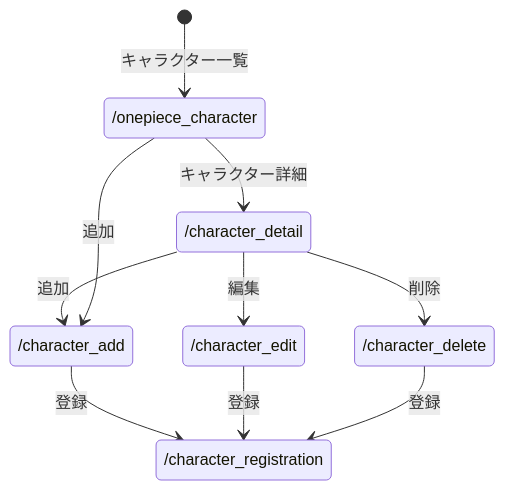
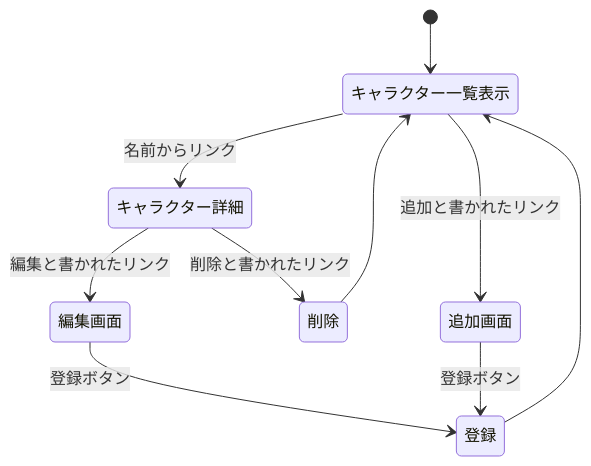
One commit to kiruha20061102-sketch/webpro_06 changed the diagram in spec.md. Above: the diagram before and after it, drawn with Mermaid. The commit also changed other lines of this file and 18 other files, not shown here.

````diff
--- a/spec.md
+++ b/spec.md
@@ -11,13 +11,14 @@
 ```mermaid
 stateDiagram-v2
-[*] --> /onepiece_character:キャラクター一覧
-/onepiece_character --> /character_detail:キャラクター詳細
-/character_detail --> /character_add:追加
-/character_detail --> /character_edit:編集
-/character_detail --> /character_delete:削除
-/onepiece_character --> /character_add:追加
-/character_add --> /character_registration:登録
-/character_edit --> /character_registration:登録
-/character_delete --> /character_registration:登録
+[*] --> キャラクター一覧表示
+キャラクター一覧表示 -->キャラクター詳細:名前からリンク
+キャラクター詳細 --> 編集画面:編集と書かれたリンク
+編集画面 -->登録:登録ボタン
+登録 --> キャラクター一覧表示
+キャラクター詳細 -->削除:削除と書かれたリンク
+削除 --> キャラクター一覧表示
+キャラクター一覧表示 -->追加画面:追加と書かれたリンク
+追加画面 -->登録:登録ボタン
+
 
 ```
````
